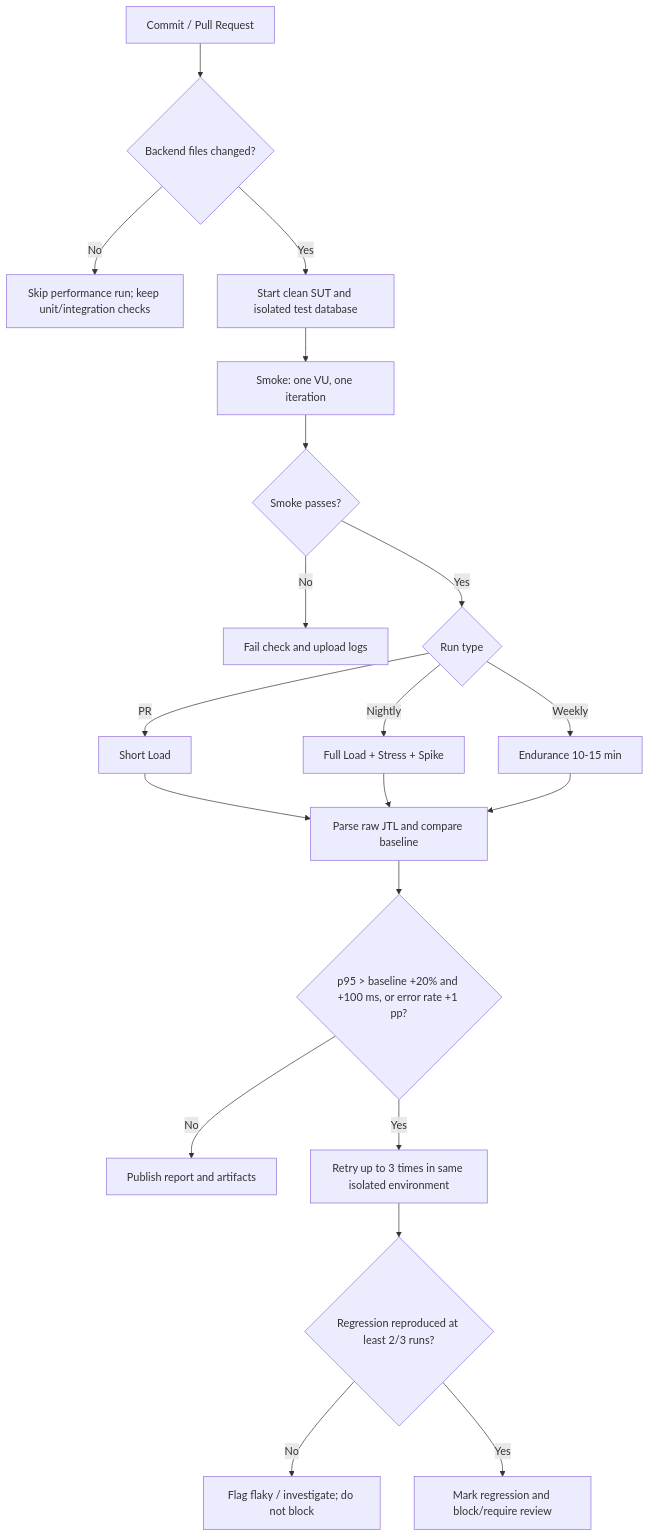
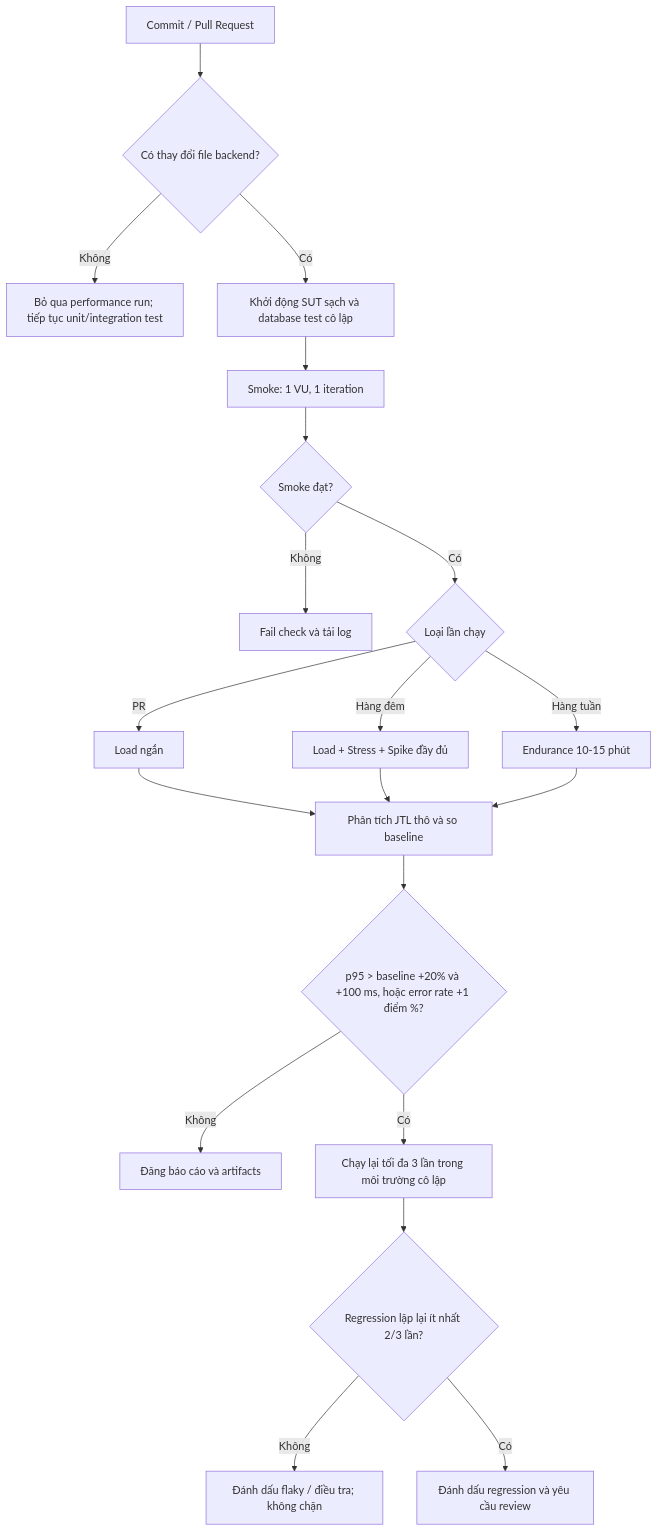
One commit to HCMUS-software-testing/HW05 changed the diagram in submissions/23127326/report/continuous-performance-testing.md. Above: the diagram before and after it, drawn with Mermaid. The commit also changed other lines of this file and 30 other files, not shown here.

````diff
--- a/submissions/23127326/report/continuous-performance-testing.md
+++ b/submissions/23127326/report/continuous-performance-testing.md
@@ -3,22 +3,22 @@
 ```mermaid
 flowchart TD
-    A[Commit / Pull Request] --> B{Backend files changed?}
-    B -- No --> C[Skip performance run; keep unit/integration checks]
-    B -- Yes --> D[Start clean SUT and isolated test database]
-    D --> E[Smoke: one VU, one iteration]
-    E --> F{Smoke passes?}
-    F -- No --> G[Fail check and upload logs]
-    F -- Yes --> H{Run type}
-    H -- PR --> I[Short Load]
-    H -- Nightly --> J[Full Load + Stress + Spike]
-    H -- Weekly --> K[Endurance 10-15 min]
-    I --> L[Parse raw JTL and compare baseline]
+    A[Commit / Pull Request] --> B{Có thay đổi file backend?}
+    B -- Không --> C[Bỏ qua performance run; tiếp tục unit/integration test]
+    B -- Có --> D[Khởi động SUT sạch và database test cô lập]
+    D --> E[Smoke: 1 VU, 1 iteration]
+    E --> F{Smoke đạt?}
+    F -- Không --> G[Fail check và tải log]
+    F -- Có --> H{Loại lần chạy}
+    H -- PR --> I[Load ngắn]
+    H -- Hàng đêm --> J[Load + Stress + Spike đầy đủ]
+    H -- Hàng tuần --> K[Endurance 10-15 phút]
+    I --> L[Phân tích JTL thô và so baseline]
     J --> L
     K --> L
-    L --> M{p95 > baseline +20% and +100 ms, or error rate +1 pp?}
-    M -- No --> N[Publish report and artifacts]
-    M -- Yes --> O[Retry up to 3 times in same isolated environment]
-    O --> P{Regression reproduced at least 2/3 runs?}
-    P -- No --> Q[Flag flaky / investigate; do not block]
-    P -- Yes --> R[Mark regression and block/require review]
+    L --> M{p95 > baseline +20% và +100 ms, hoặc error rate +1 điểm %?}
+    M -- Không --> N[Đăng báo cáo và artifacts]
+    M -- Có --> O[Chạy lại tối đa 3 lần trong môi trường cô lập]
+    O --> P{Regression lặp lại ít nhất 2/3 lần?}
+    P -- Không --> Q[Đánh dấu flaky / điều tra; không chặn]
+    P -- Có --> R[Đánh dấu regression và yêu cầu review]
 ```
````
